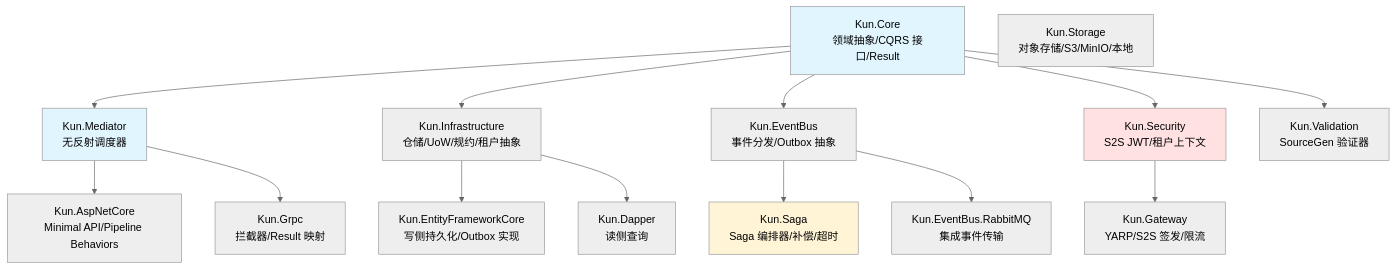
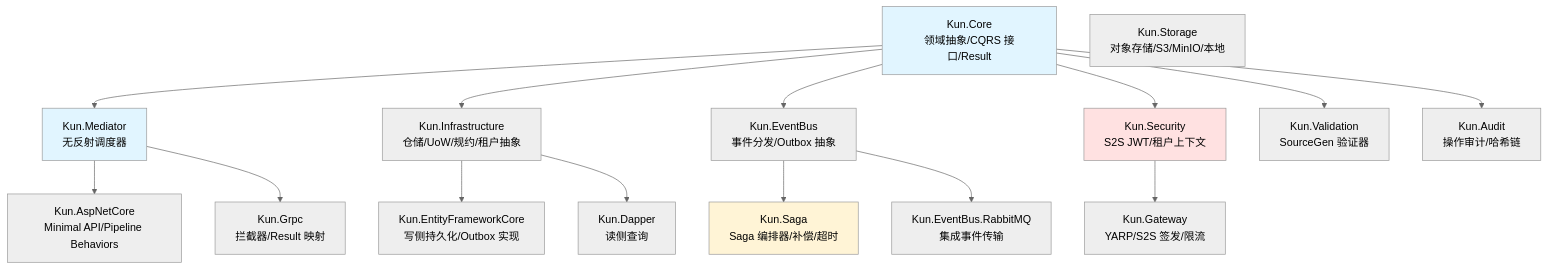
The diagram in docs/architecture/module-map.md (idadawn/kun), drawn with Mermaid (neutral theme) before and after one commit. The commit also changed other lines of this file and 7 other files, not shown here.

First line of the commit message:
docs(audit): document Kun.Audit and close the Phase 1 gap

````diff
--- a/docs/architecture/module-map.md
+++ b/docs/architecture/module-map.md
@@ -5,26 +5,27 @@
 ```mermaid
 graph TD
     Core[Kun.Core<br/>领域抽象/CQRS 接口/Result] --> Mediator[Kun.Mediator<br/>无反射调度器]
     Core --> Infra[Kun.Infrastructure<br/>仓储/UoW/规约/租户抽象]
     Core --> EventBus[Kun.EventBus<br/>事件分发/Outbox 抽象]
     Core --> Security[Kun.Security<br/>S2S JWT/租户上下文]
     Core --> Validation[Kun.Validation<br/>SourceGen 验证器]
+    Core --> Audit[Kun.Audit<br/>操作审计/哈希链]
 
     Infra --> EfCore[Kun.EntityFrameworkCore<br/>写侧持久化/Outbox 实现]
     Infra --> Dapper[Kun.Dapper<br/>读侧查询]
 
     EventBus --> Saga[Kun.Saga<br/>Saga 编排器/补偿/超时]
     EventBus --> RabbitMq[Kun.EventBus.RabbitMQ<br/>集成事件传输]
 
     Storage[Kun.Storage<br/>对象存储/S3/MinIO/本地]
 
     Mediator --> AspNet[Kun.AspNetCore<br/>Minimal API/Pipeline Behaviors]
     Mediator --> Grpc[Kun.Grpc<br/>拦截器/Result 映射]
 
     Security --> Gateway[Kun.Gateway<br/>YARP/S2S 签发/限流]
 
     style Core fill:#e1f5ff
     style Mediator fill:#e1f5ff
     style Security fill:#ffe1e1
     style Saga fill:#fff4d6
 ```
````
